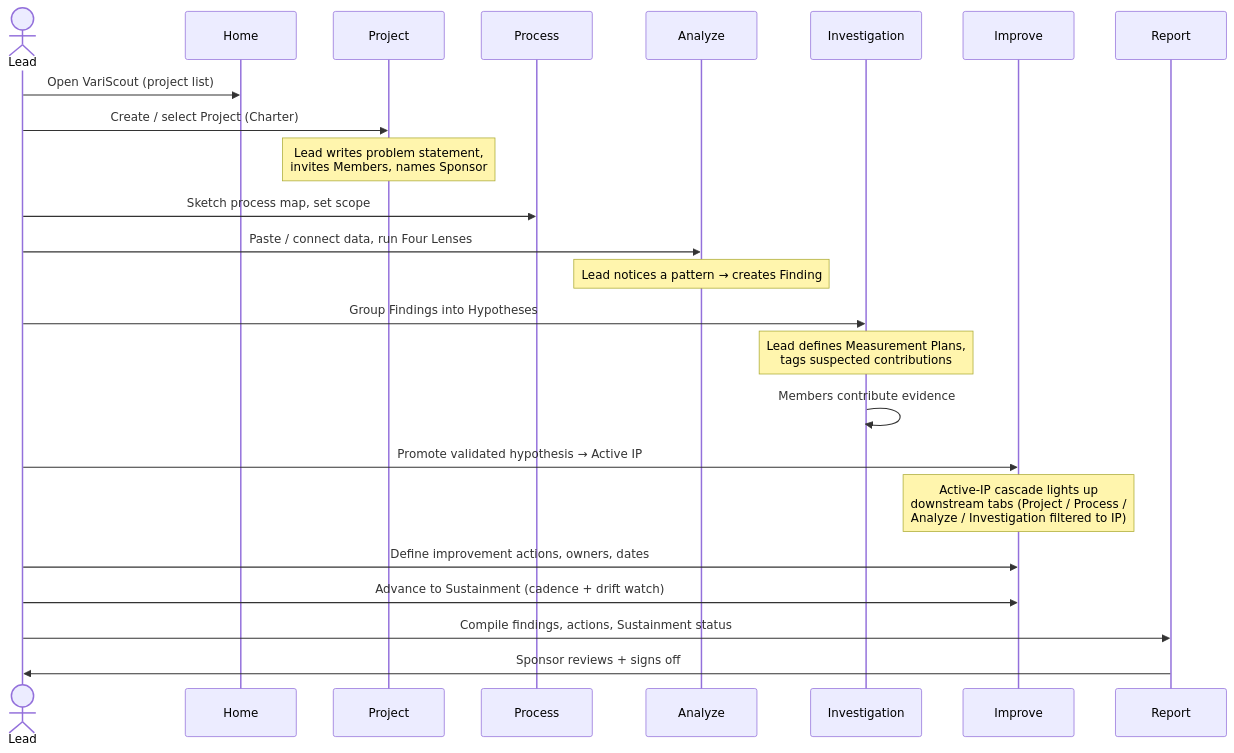
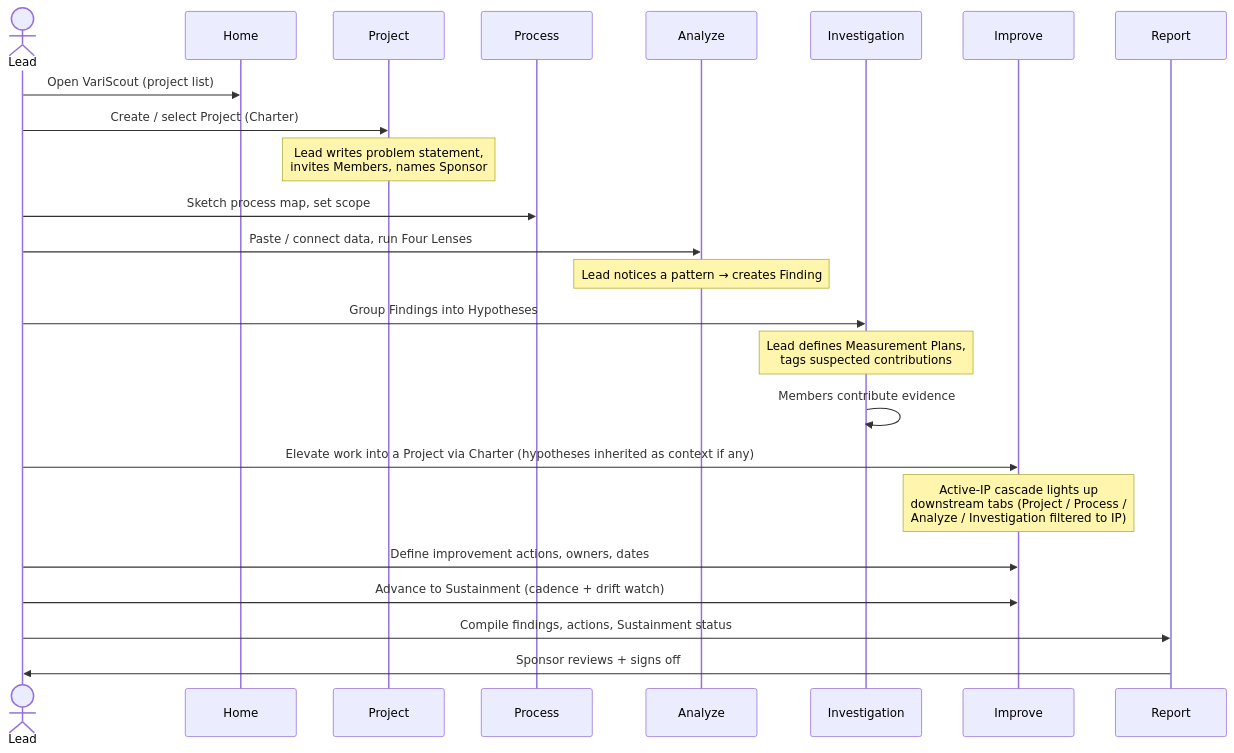
Before and after one commit to jukka-matti/variscout: the diagram in docs/02-journeys/personas/lead.md, drawn with Mermaid. The commit also changed 3 other files, not shown here.

````diff
--- a/docs/02-journeys/personas/lead.md
+++ b/docs/02-journeys/personas/lead.md
@@ -35,27 +35,27 @@
 ```mermaid
 sequenceDiagram
     actor Lead
     participant Home as Home
     participant Project as Project
     participant Process as Process
     participant Analyze as Analyze
     participant Investigation as Investigation
     participant Improve as Improve
     participant Report as Report
 
     Lead->>Home: Open VariScout (project list)
     Lead->>Project: Create / select Project (Charter)
     Note over Project: Lead writes problem statement,<br/>invites Members, names Sponsor
     Lead->>Process: Sketch process map, set scope
     Lead->>Analyze: Paste / connect data, run Four Lenses
     Note over Analyze: Lead notices a pattern → creates Finding
     Lead->>Investigation: Group Findings into Hypotheses
     Note over Investigation: Lead defines Measurement Plans,<br/>tags suspected contributions
     Investigation->>Investigation: Members contribute evidence
-    Lead->>Improve: Promote validated hypothesis → Active IP
+    Lead->>Improve: Elevate work into a Project via Charter (hypotheses inherited as context if any)
     Note over Improve: Active-IP cascade lights up<br/>downstream tabs (Project / Process /<br/>Analyze / Investigation filtered to IP)
     Lead->>Improve: Define improvement actions, owners, dates
     Lead->>Improve: Advance to Sustainment (cadence + drift watch)
     Lead->>Report: Compile findings, actions, Sustainment status
     Report->>Lead: Sponsor reviews + signs off
 ```
````
